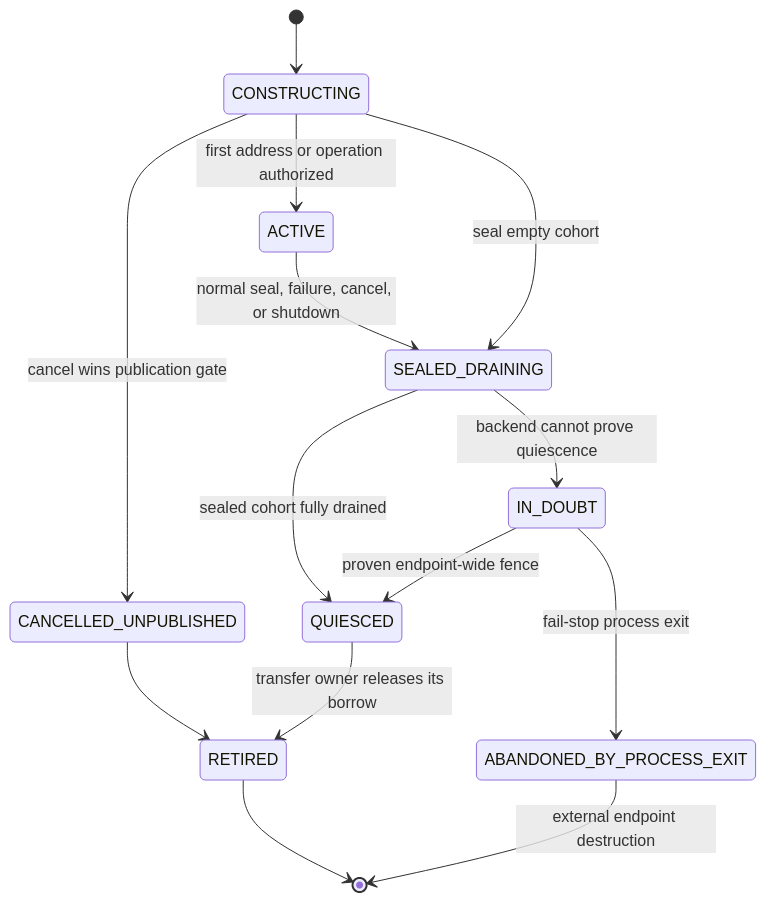
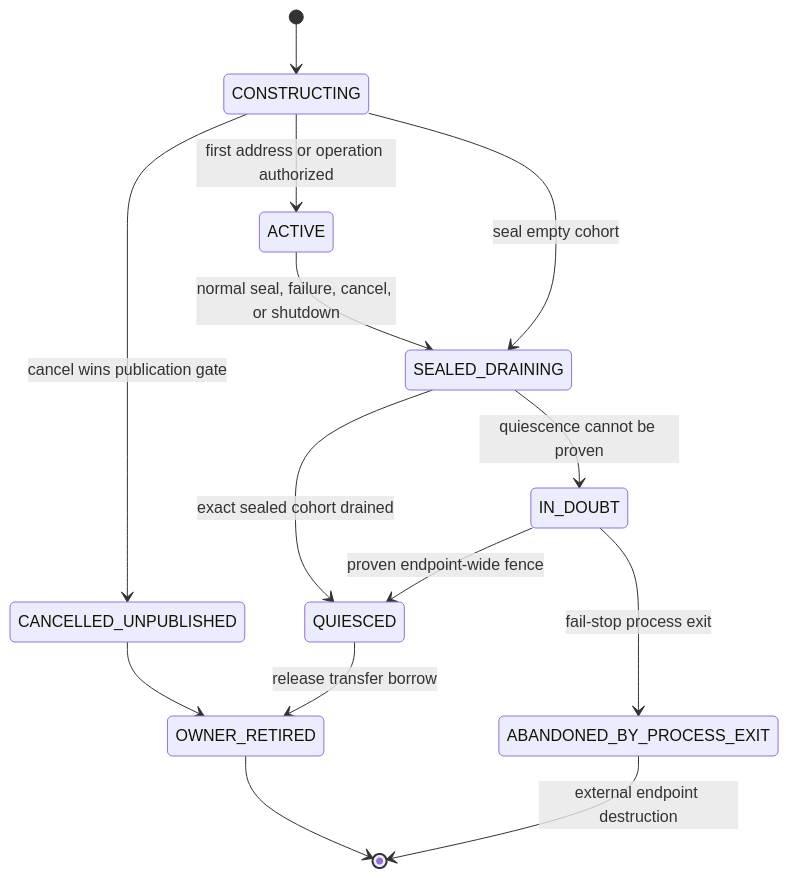
Before and after one commit to chienchunhung/TensorRT-LLM: the first of 3 diagrams in docs/design/disaggregated-inference-request-lifecycle/GPT design.md, drawn with Mermaid. The commit also changed other lines of this file, not shown here.

Commit message:
[None][docs] organize transfer lifecycle into three phases

````diff
--- a/docs/design/disaggregated-inference-request-lifecycle/GPT design.md
+++ b/docs/design/disaggregated-inference-request-lifecycle/GPT design.md
@@ -225,16 +196,16 @@
 ```mermaid
 stateDiagram-v2
     [*] --> CONSTRUCTING
     CONSTRUCTING --> CANCELLED_UNPUBLISHED: cancel wins publication gate
     CONSTRUCTING --> ACTIVE: first address or operation authorized
     CONSTRUCTING --> SEALED_DRAINING: seal empty cohort
     ACTIVE --> SEALED_DRAINING: normal seal, failure, cancel, or shutdown
-    SEALED_DRAINING --> QUIESCED: sealed cohort fully drained
-    SEALED_DRAINING --> IN_DOUBT: backend cannot prove quiescence
-    CANCELLED_UNPUBLISHED --> RETIRED
-    QUIESCED --> RETIRED: transfer owner releases its borrow
+    SEALED_DRAINING --> QUIESCED: exact sealed cohort drained
+    SEALED_DRAINING --> IN_DOUBT: quiescence cannot be proven
+    CANCELLED_UNPUBLISHED --> OWNER_RETIRED
+    QUIESCED --> OWNER_RETIRED: release transfer borrow
     IN_DOUBT --> QUIESCED: proven endpoint-wide fence
     IN_DOUBT --> ABANDONED_BY_PROCESS_EXIT: fail-stop process exit
     ABANDONED_BY_PROCESS_EXIT --> [*]: external endpoint destruction
-    RETIRED --> [*]
+    OWNER_RETIRED --> [*]
 ```
````
